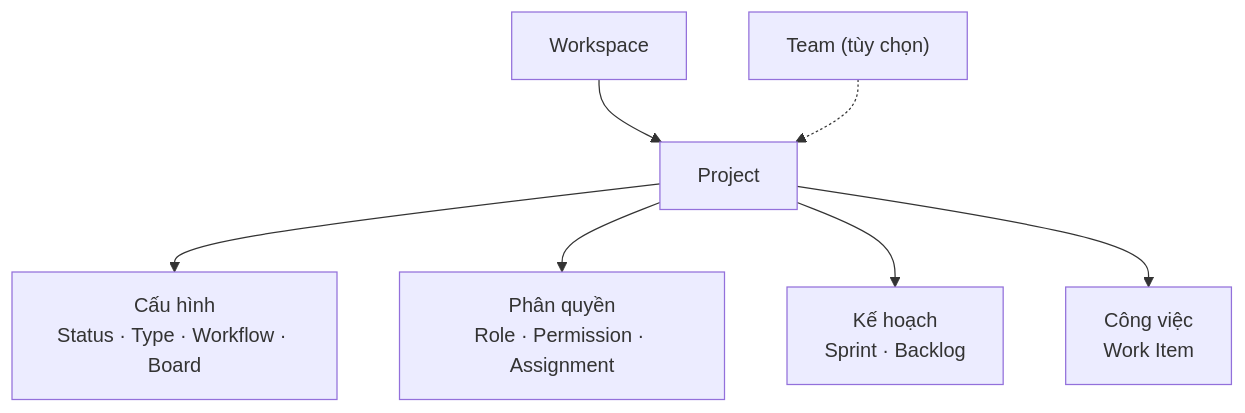
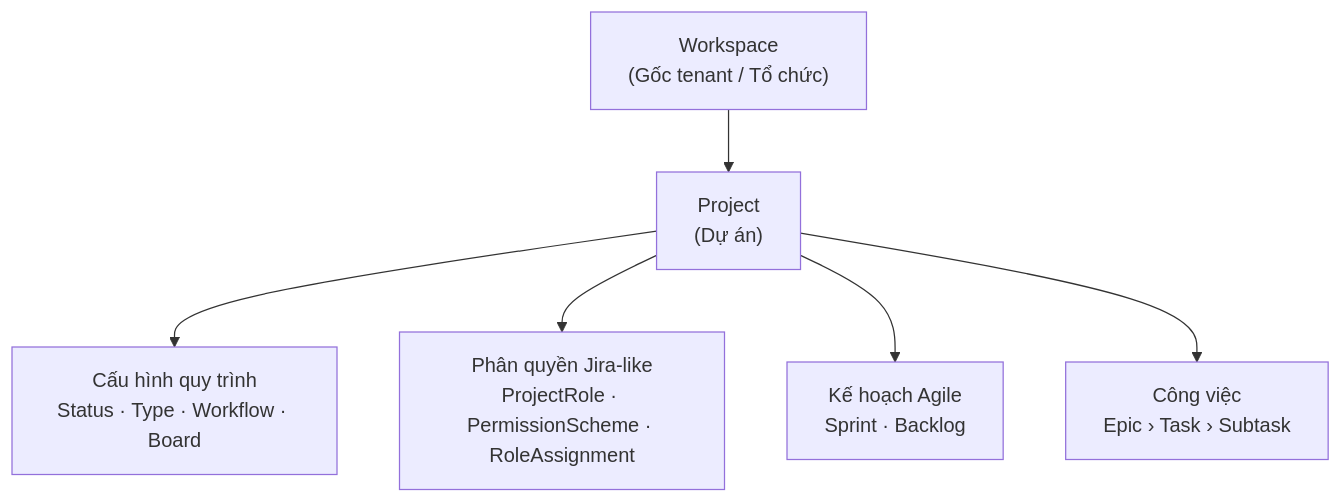
The first of 11 diagrams in formal_doc/02_NGHIEP_VU_PROJECT.md (Hecker-Chuoi/DATN-2026), drawn with Mermaid before and after one commit. The commit also changed other lines of this file and 60 other files, not shown here.

````diff
--- a/formal_doc/02_NGHIEP_VU_PROJECT.md
+++ b/formal_doc/02_NGHIEP_VU_PROJECT.md
@@ -59,9 +53,8 @@
 ```mermaid
 flowchart TD
-    W["Workspace"] --> P["Project"]
-    T["Team (tùy chọn)"] -.-> P
-    P --> CFG["Cấu hình<br/>Status · Type · Workflow · Board"]
-    P --> AUTH["Phân quyền<br/>Role · Permission · Assignment"]
-    P --> PLAN["Kế hoạch<br/>Sprint · Backlog"]
-    P --> ITEM["Công việc<br/>Work Item"]
+    W["Workspace<br/>(Gốc tenant / Tổ chức)"] --> P["Project<br/>(Dự án)"]
+    P --> CFG["Cấu hình quy trình<br/>Status · Type · Workflow · Board"]
+    P --> AUTH["Phân quyền Jira-like<br/>ProjectRole · PermissionScheme · RoleAssignment"]
+    P --> PLAN["Kế hoạch Agile<br/>Sprint · Backlog"]
+    P --> ITEM["Công việc<br/>Epic › Task › Subtask"]
 ```
````
